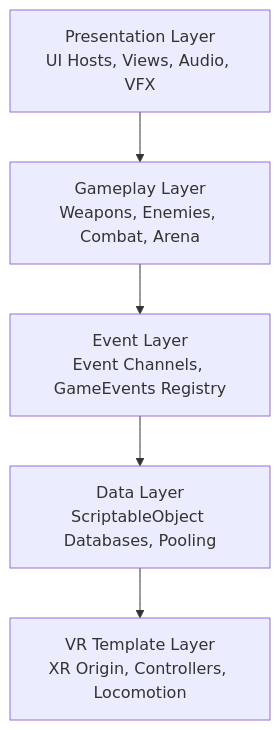
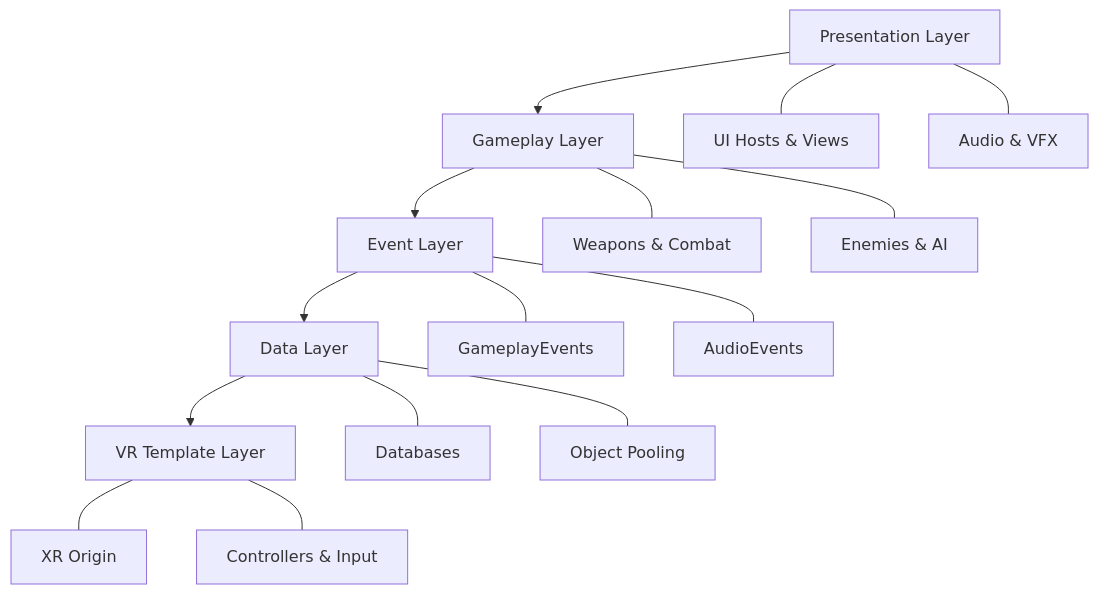
One commit to SBUplakankus/monsta-choppa-vr changed the diagram in Docs/index.md. Above: the diagram before and after it, drawn with Mermaid. The commit also changed 9 other files, not shown here.

````diff
--- a/Docs/index.md
+++ b/Docs/index.md
@@ -63,7 +63,22 @@
 ```mermaid
-graph TB
-    A[Presentation Layer<br/>UI Hosts, Views, Audio, VFX] --> B[Gameplay Layer<br/>Weapons, Enemies, Combat, Arena]
-    B --> C[Event Layer<br/>Event Channels, GameEvents Registry]
-    C --> D[Data Layer<br/>ScriptableObject Databases, Pooling]
-    D --> E[VR Template Layer<br/>XR Origin, Controllers, Locomotion]
+flowchart TB
+    A[Presentation Layer] --> B[Gameplay Layer]
+    B --> C[Event Layer]
+    C --> D[Data Layer]
+    D --> E[VR Template Layer]
+    
+    A --- A1[UI Hosts & Views]
+    A --- A2[Audio & VFX]
+    
+    B --- B1[Weapons & Combat]
+    B --- B2[Enemies & AI]
+    
+    C --- C1[GameplayEvents]
+    C --- C2[AudioEvents]
+    
+    D --- D1[Databases]
+    D --- D2[Object Pooling]
+    
+    E --- E1[XR Origin]
+    E --- E2[Controllers & Input]
 ```
````
